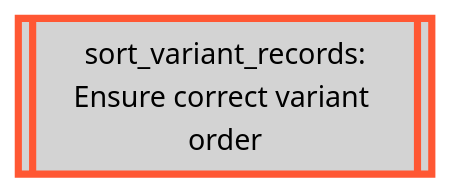
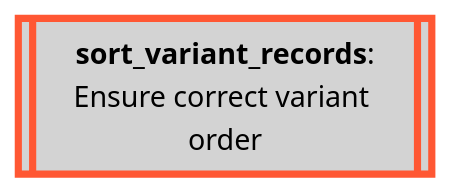
Before and after one commit to Tuks-ICMM/Pharmacogenetic-Analysis-Pipeline: the fifth of 34 diagrams in docs/02-workflow/02-methodology-summary.md, drawn with Mermaid. The commit also changed other lines of this file, not shown here.

````diff
--- a/docs/02-workflow/02-methodology-summary.md
+++ b/docs/02-workflow/02-methodology-summary.md
@@ -337,7 +382,8 @@
   ```mermaid
   flowchart TD
-    sort_variant_records[[sort_variant_records:\nEnsure correct variant order]]
+    sort_variant_records[["`**sort_variant_records**:
+    Ensure correct variant order`"]]
     
     classDef bcftools stroke:#FF5733,fill:#D3D3D3,stroke-width:4px,color:black;
     class sort_variant_records bcftools;
   ```
````
